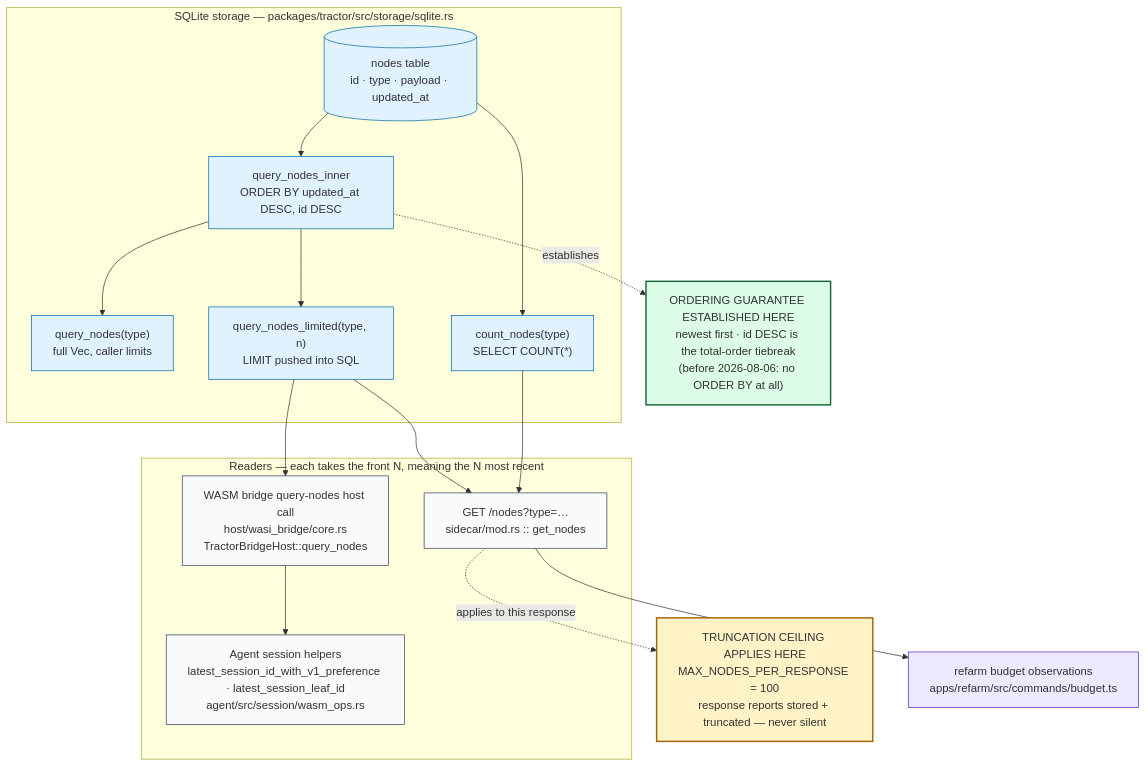
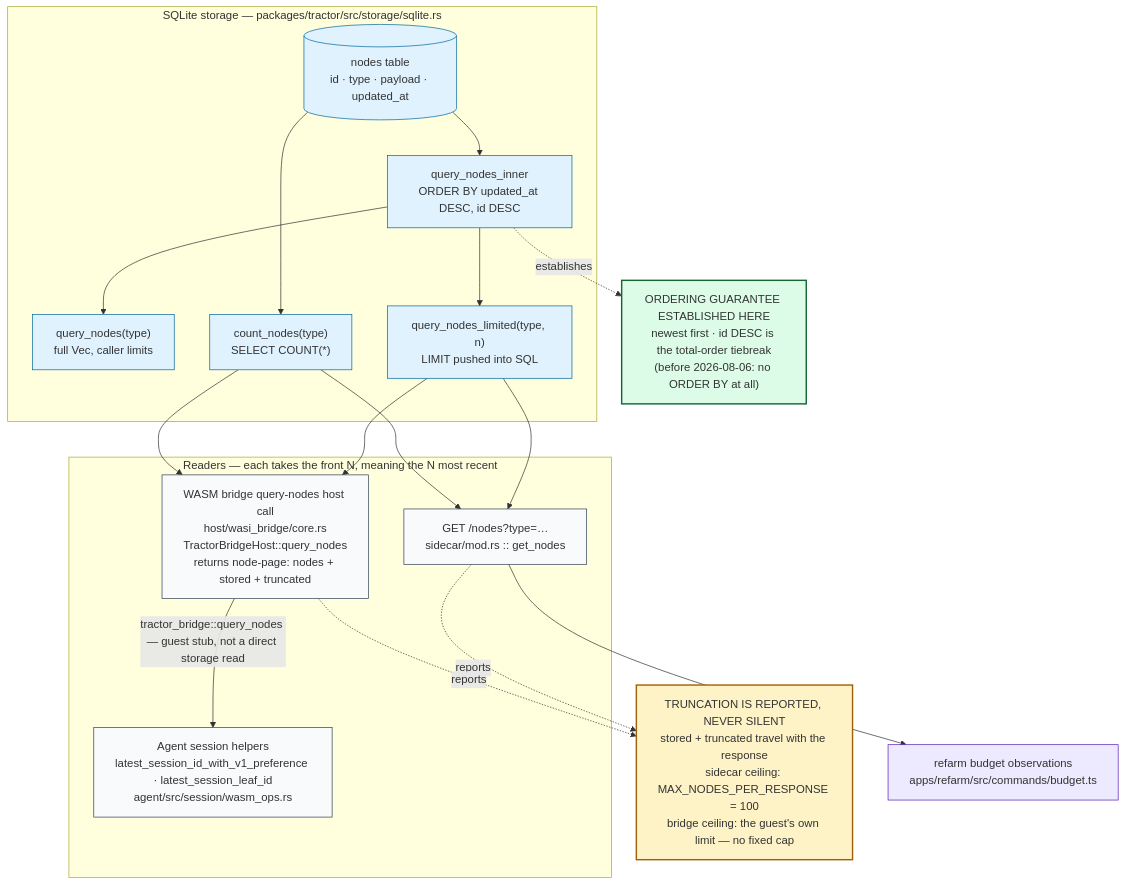
The diagram in specs/diagrams/record-read-path.mermaid (aretw0/refarm), drawn with Mermaid before and after one commit. The commit also changed 1 other file, not shown here.

```diff
--- a/specs/diagrams/record-read-path.mermaid
+++ b/specs/diagrams/record-read-path.mermaid
@@ -1,47 +1,49 @@
 flowchart TB
   subgraph Storage["SQLite storage — packages/tractor/src/storage/sqlite.rs"]
     DB[("nodes table\nid · type · payload · updated_at")]
     INNER["query_nodes_inner\nORDER BY updated_at DESC, id DESC"]
     QN["query_nodes(type)\nfull Vec, caller limits"]
     QNL["query_nodes_limited(type, n)\nLIMIT pushed into SQL"]
     CN["count_nodes(type)\nSELECT COUNT(*)"]
   end
 
   GUAR["ORDERING GUARANTEE ESTABLISHED HERE\nnewest first · id DESC is the total-order tiebreak\n(before 2026-08-06: no ORDER BY at all)"]
 
   subgraph Readers["Readers — each takes the front N, meaning the N most recent"]
     SIDECAR["GET /nodes?type=…\nsidecar/mod.rs :: get_nodes"]
-    BRIDGE["WASM bridge query-nodes host call\nhost/wasi_bridge/core.rs\nTractorBridgeHost::query_nodes"]
+    BRIDGE["WASM bridge query-nodes host call\nhost/wasi_bridge/core.rs\nTractorBridgeHost::query_nodes\nreturns node-page: nodes + stored + truncated"]
     SESSION["Agent session helpers\nlatest_session_id_with_v1_preference · latest_session_leaf_id\nagent/src/session/wasm_ops.rs"]
   end
 
-  CEIL["TRUNCATION CEILING APPLIES HERE\nMAX_NODES_PER_RESPONSE = 100\nresponse reports stored + truncated — never silent"]
+  CEIL["TRUNCATION IS REPORTED, NEVER SILENT\nstored + truncated travel with the response\nsidecar ceiling: MAX_NODES_PER_RESPONSE = 100\nbridge ceiling: the guest's own limit — no fixed cap"]
 
   CLI["refarm budget observations\napps/refarm/src/commands/budget.ts"]
 
   DB --> INNER
   INNER --> QN
   INNER --> QNL
   DB --> CN
   INNER -.->|establishes| GUAR
 
   QNL --> SIDECAR
   CN --> SIDECAR
-  SIDECAR -.->|applies to this response| CEIL
+  SIDECAR -.->|reports| CEIL
 
   QNL --> BRIDGE
-  BRIDGE --> SESSION
+  CN --> BRIDGE
+  BRIDGE -.->|reports| CEIL
+  BRIDGE -->|"tractor_bridge::query_nodes — guest stub, not a direct storage read"| SESSION
 
   SIDECAR --> CLI
 
   classDef storage fill:#e0f2fe,stroke:#0369a1,stroke-width:1px;
   classDef guarantee fill:#dcfce7,stroke:#166534,stroke-width:2px;
   classDef ceiling fill:#fef3c7,stroke:#a16207,stroke-width:2px;
   classDef reader fill:#f8fafc,stroke:#334155,stroke-width:1px;
   classDef cli fill:#ede9fe,stroke:#5b21b6,stroke-width:1px;
 
   class DB,INNER,QN,QNL,CN storage;
   class GUAR guarantee;
   class CEIL ceiling;
   class SIDECAR,BRIDGE,SESSION reader;
   class CLI cli;
```
